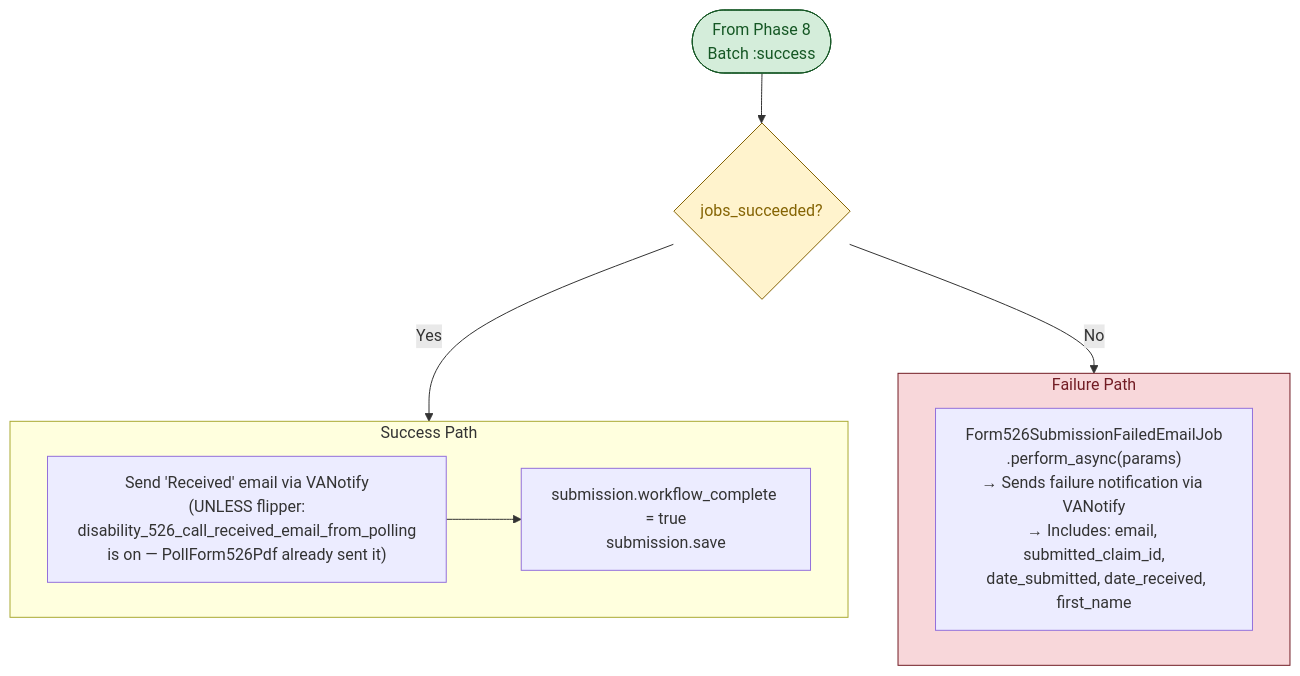
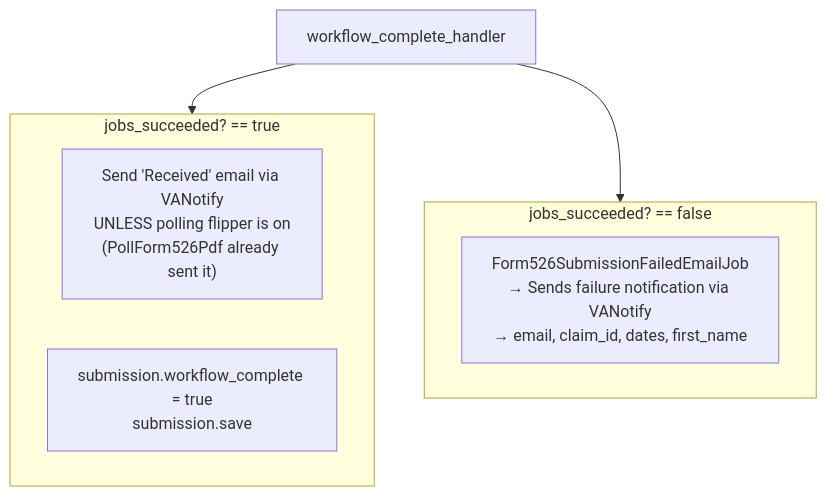
The tenth of 16 diagrams in products/disability/526ez/form526_architecture_flow.md (Ninjaneer321/va.gov-team), drawn with Mermaid before and after one commit. The commit also changed other lines of this file, not shown here.

Commit message:
Updated architecture diagram with useFormFeatureToggleSync

````diff
--- a/products/disability/526ez/form526_architecture_flow.md
+++ b/products/disability/526ez/form526_architecture_flow.md
@@ -321,24 +327,16 @@
 ```mermaid
-graph TD
-    ENTRY([From Phase 8<br/>Batch :success]) --> CHECK{"jobs_succeeded?"}
+flowchart TD
+    WCH["workflow_complete_handler"]
 
-    CHECK -->|Yes| SUCCESS
-    CHECK -->|No| FAILURE
-
-    subgraph SUCCESS["Success Path"]
-        EMAIL["Send 'Received' email via VANotify<br/>(UNLESS flipper:<br/>disability_526_call_received_email_from_polling<br/>is on — PollForm526Pdf already sent it)"]
-        MARK["submission.workflow_complete = true<br/>submission.save"]
-        EMAIL --> MARK
+    subgraph Success["jobs_succeeded? == true"]
+        Email["Send 'Received' email via VANotify<br/>UNLESS polling flipper is on<br/>(PollForm526Pdf already sent it)"]
+        Mark["submission.workflow_complete = true<br/>submission.save"]
     end
 
-    subgraph FAILURE["Failure Path"]
-        FAIL_EMAIL["Form526SubmissionFailedEmailJob<br/>.perform_async(params)<br/>→ Sends failure notification via VANotify<br/>→ Includes: email, submitted_claim_id,<br/>  date_submitted, date_received, first_name"]
+    subgraph Failure["jobs_succeeded? == false"]
+        FailEmail["Form526SubmissionFailedEmailJob<br/>→ Sends failure notification via VANotify<br/>→ email, claim_id, dates, first_name"]
     end
 
-    classDef endpoint fill:#d4edda,stroke:#155724,color:#155724
-    classDef decision fill:#fff3cd,stroke:#856404,color:#856404
-    classDef danger fill:#f8d7da,stroke:#721c24,color:#721c24
-    class ENTRY endpoint
-    class CHECK decision
-    class FAILURE danger
+    WCH --> Success
+    WCH --> Failure
 ```
````
